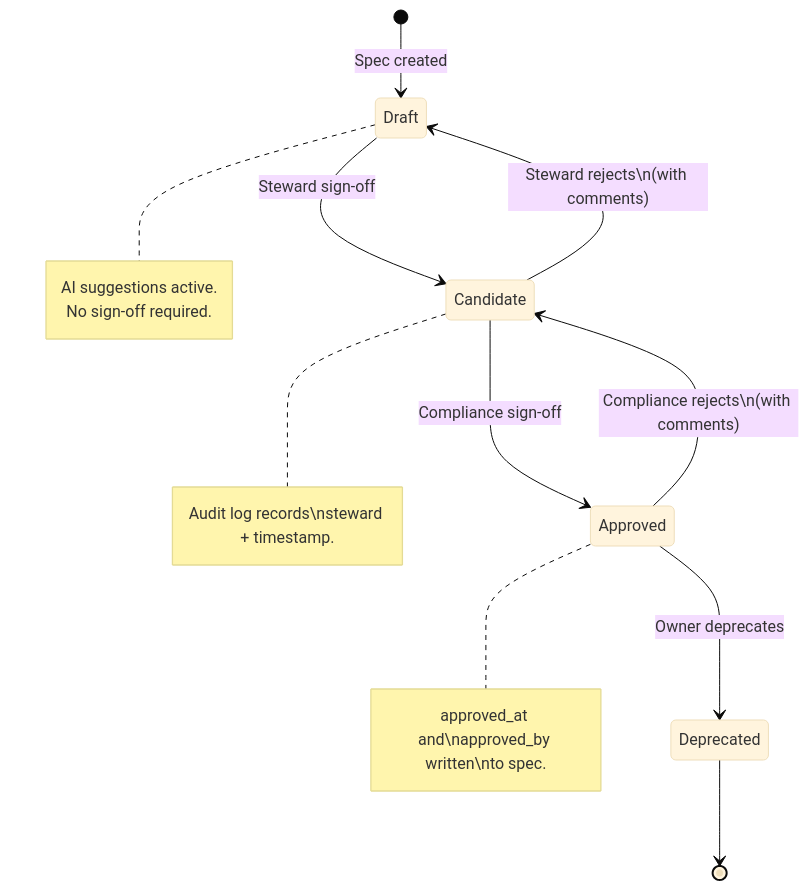
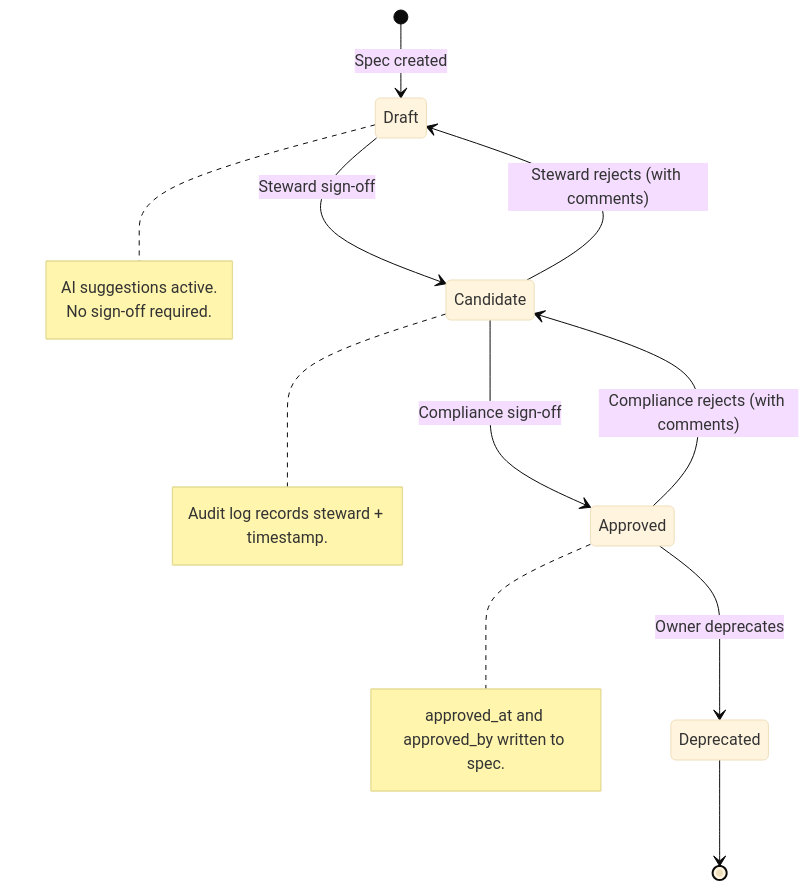
The second of 4 diagrams in ROADMAP.md (vm799/data-product-concierge), drawn with Mermaid (base theme) before and after one commit. The commit also changed other lines of this file and 1 other file, not shown here.

````diff
--- a/ROADMAP.md
+++ b/ROADMAP.md
@@ -177,21 +167,21 @@
 ```mermaid
 stateDiagram-v2
     [*] --> Draft : Spec created
     Draft --> Candidate : Steward sign-off
     Candidate --> Approved : Compliance sign-off
     Approved --> Deprecated : Owner deprecates
-    Candidate --> Draft : Steward rejects\n(with comments)
-    Approved --> Candidate : Compliance rejects\n(with comments)
+    Candidate --> Draft : Steward rejects (with comments)
+    Approved --> Candidate : Compliance rejects (with comments)
     Deprecated --> [*]
 
     note right of Draft
         AI suggestions active.
         No sign-off required.
     end note
     note right of Candidate
-        Audit log records\nsteward + timestamp.
+        Audit log records steward + timestamp.
     end note
     note right of Approved
-        approved_at and\napproved_by written\nto spec.
+        approved_at and approved_by written to spec.
     end note
 ```
````
